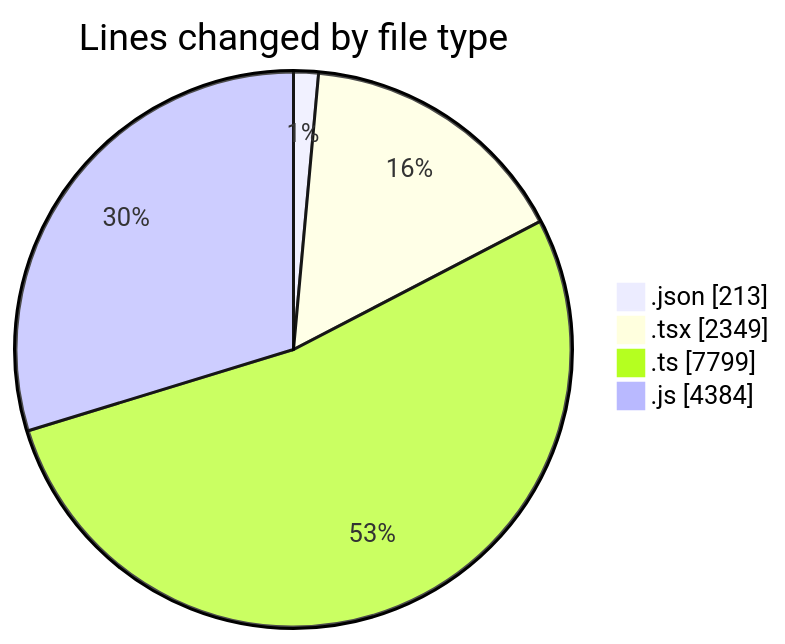
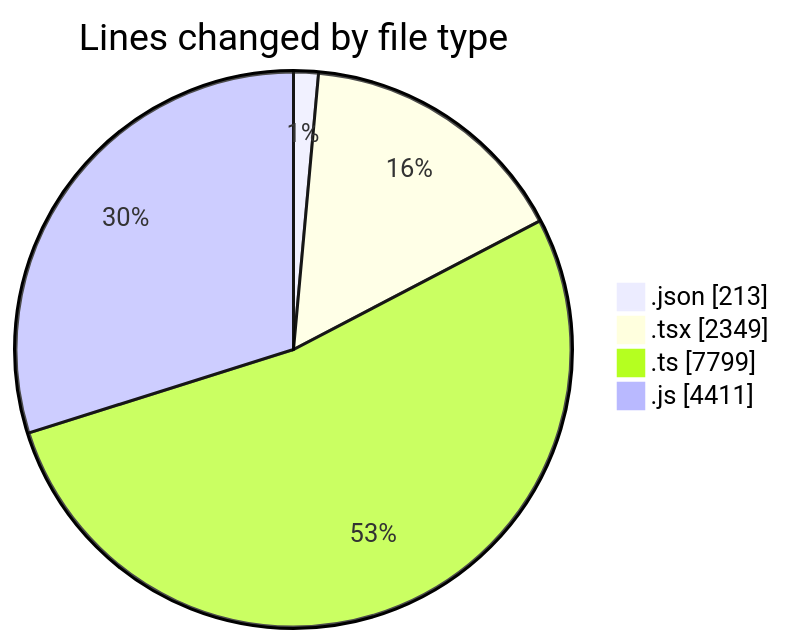
The first of 2 diagrams in 2025-07-28/cda/README.md (momahboobian/code-tracking), drawn with Mermaid before and after one commit. The commit also changed other lines of this file and 1 other file, not shown here.

````diff
--- a/2025-07-28/cda/README.md
+++ b/2025-07-28/cda/README.md
@@ -32,8 +32,8 @@
 ```mermaid
 pie showData
 title Lines changed by file type
 ".json" : 213
 ".tsx" : 2349
 ".ts" : 7799
-".js" : 4384
+".js" : 4411
 ```
````
